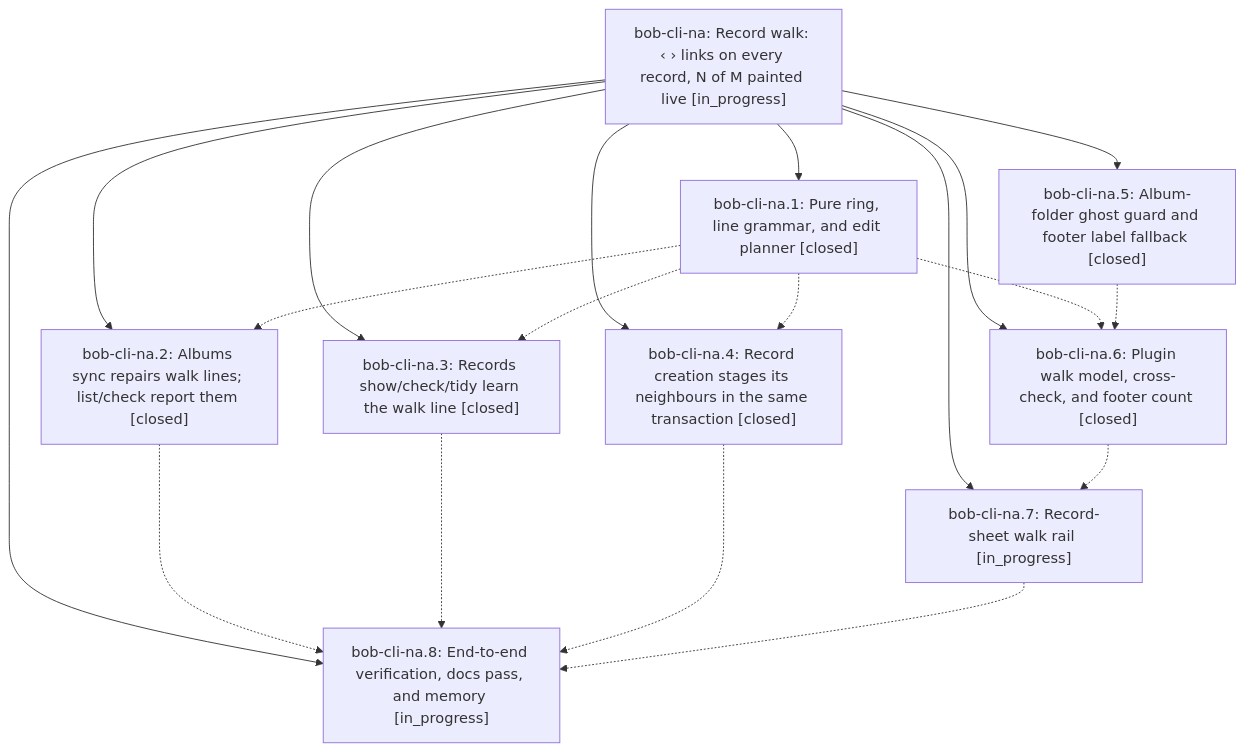
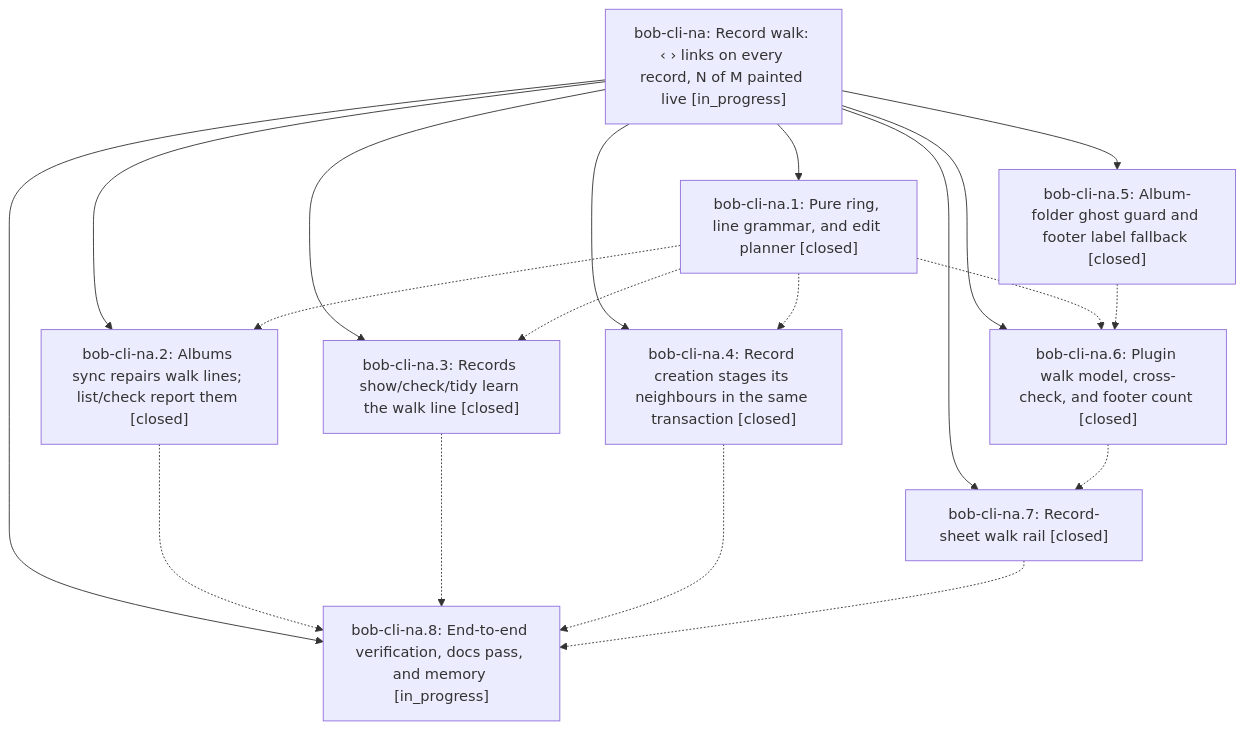
One commit to bobs-org/bob-cli--beads changed the diagram in pages/bob-cli-na/README.md. Above: the diagram before and after it, drawn with Mermaid. The commit also changed other lines of this file and 3 other files, not shown here.

First line of the commit message:
chore(beads): sync bead state and pages for bob-cli-na

````diff
--- a/pages/bob-cli-na/README.md
+++ b/pages/bob-cli-na/README.md
@@ -43,30 +43,30 @@
 ```mermaid
 flowchart TD
     n0["bob-cli-na: Record walk: ‹ › links on every record, N of M painted live [in_progress]"]
     n1["bob-cli-na.1: Pure ring, line grammar, and edit planner [closed]"]
     n2["bob-cli-na.2: Albums sync repairs walk lines; list/check report them [closed]"]
     n3["bob-cli-na.3: Records show/check/tidy learn the walk line [closed]"]
     n4["bob-cli-na.4: Record creation stages its neighbours in the same transaction [closed]"]
     n5["bob-cli-na.5: Album-folder ghost guard and footer label fallback [closed]"]
     n6["bob-cli-na.6: Plugin walk model, cross-check, and footer count [closed]"]
-    n7["bob-cli-na.7: Record-sheet walk rail [in_progress]"]
+    n7["bob-cli-na.7: Record-sheet walk rail [closed]"]
     n8["bob-cli-na.8: End-to-end verification, docs pass, and memory [in_progress]"]
     n0 --> n1
     n0 --> n2
     n0 --> n3
     n0 --> n4
     n0 --> n5
     n0 --> n6
     n0 --> n7
     n0 --> n8
     n1 -.-> n2
     n1 -.-> n3
     n1 -.-> n4
     n1 -.-> n6
     n2 -.-> n8
     n3 -.-> n8
     n4 -.-> n8
     n5 -.-> n6
     n6 -.-> n7
     n7 -.-> n8
 ```
````
